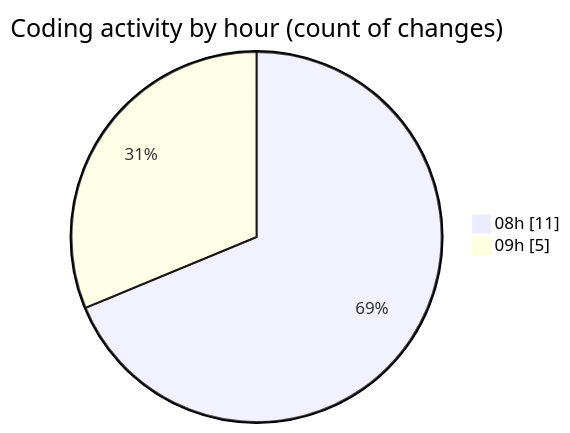
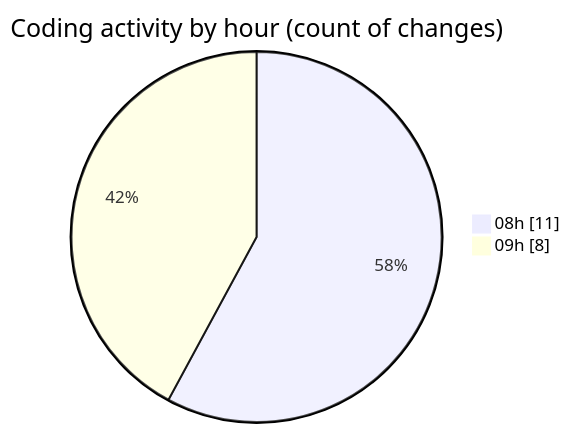
Before and after one commit to momahboobian/code-tracking: the second of 2 diagrams in 2026-09-11/cda/README.md, drawn with Mermaid. The commit also changed other lines of this file and 1 other file, not shown here.

````diff
--- a/2026-09-11/cda/README.md
+++ b/2026-09-11/cda/README.md
@@ -39,6 +39,6 @@
 ```mermaid
 pie showData
 title Coding activity by hour (count of changes)
 "08h" : 11
-"09h" : 5
+"09h" : 8
 ```
````
